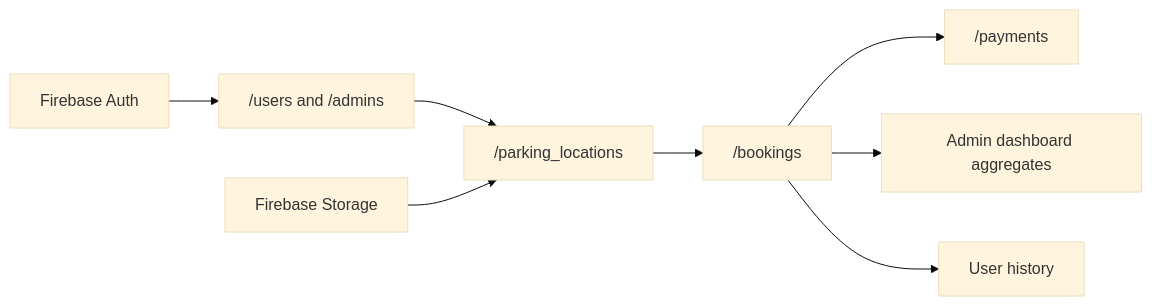
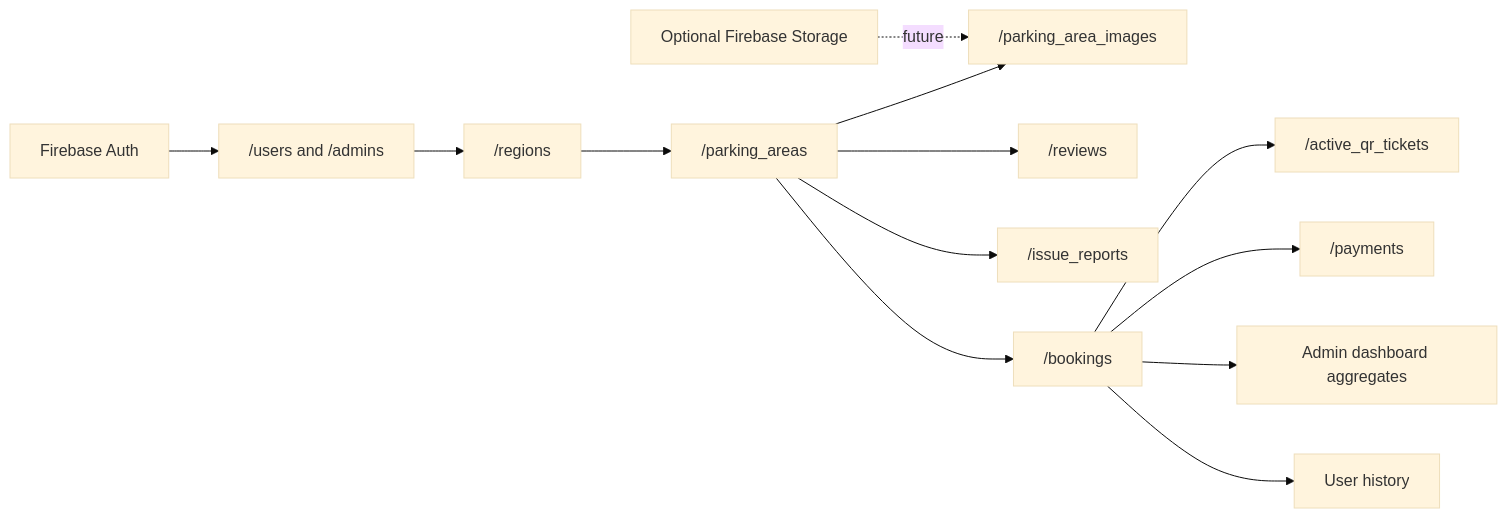
The sixth of 11 diagrams in docs/ARCHITECTURE.md (snehil-pandey/smart-parking-occupancy-system), drawn with Mermaid (base theme) before and after one commit. The commit also changed other lines of this file and 5 other files, not shown here.

Commit message:
docs: update architecture, setup, schema, and QR docs

````diff
--- a/docs/ARCHITECTURE.md
+++ b/docs/ARCHITECTURE.md
@@ -45,10 +71,15 @@
 ```mermaid
 flowchart LR
   Auth["Firebase Auth"] --> Profiles["/users and /admins"]
-  Profiles --> Locations["/parking_locations"]
-  Locations --> Bookings["/bookings"]
+  Profiles --> Regions["/regions"]
+  Regions --> Areas["/parking_areas"]
+  Areas --> Images["/parking_area_images"]
+  Areas --> Reviews["/reviews"]
+  Areas --> Issues["/issue_reports"]
+  Areas --> Bookings["/bookings"]
+  Bookings --> ActiveQR["/active_qr_tickets"]
   Bookings --> Payments["/payments"]
-  Storage["Firebase Storage"] --> Locations
+  Storage["Optional Firebase Storage"] -. future .-> Images
   Bookings --> AdminDash["Admin dashboard aggregates"]
   Bookings --> UserHistory["User history"]
 ```
````
